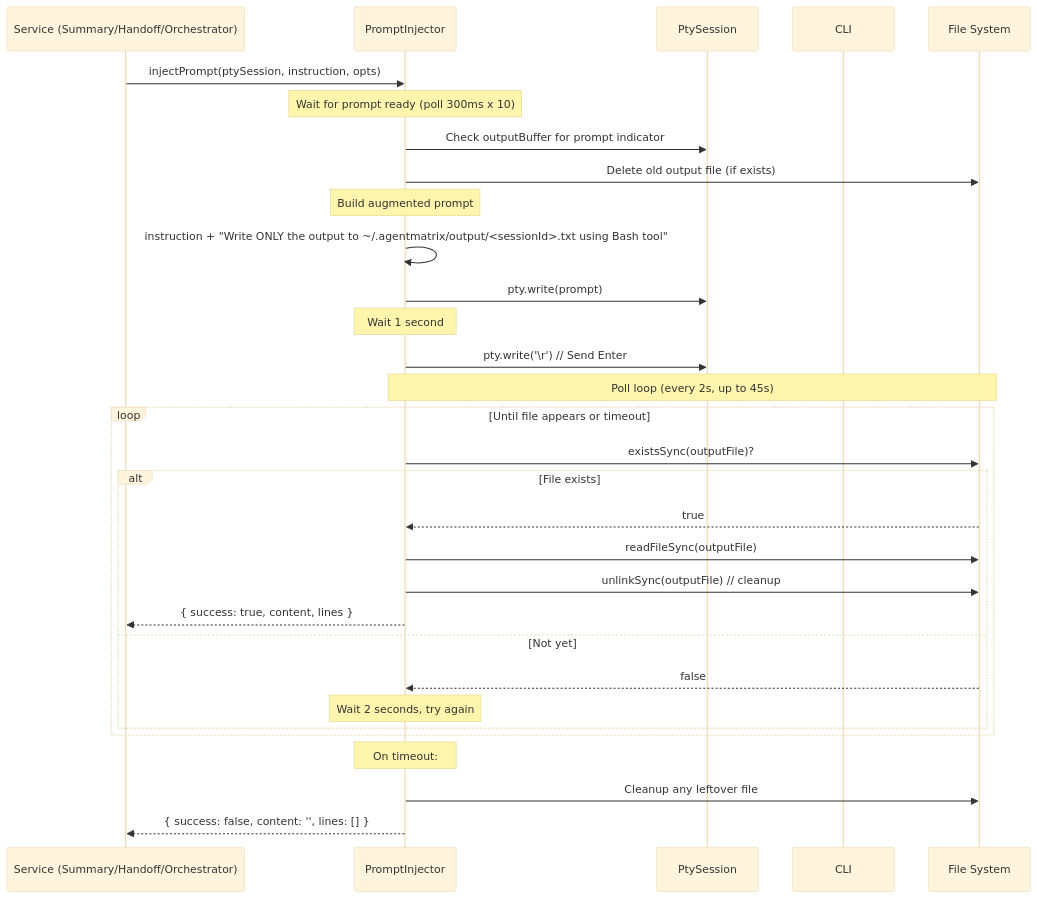
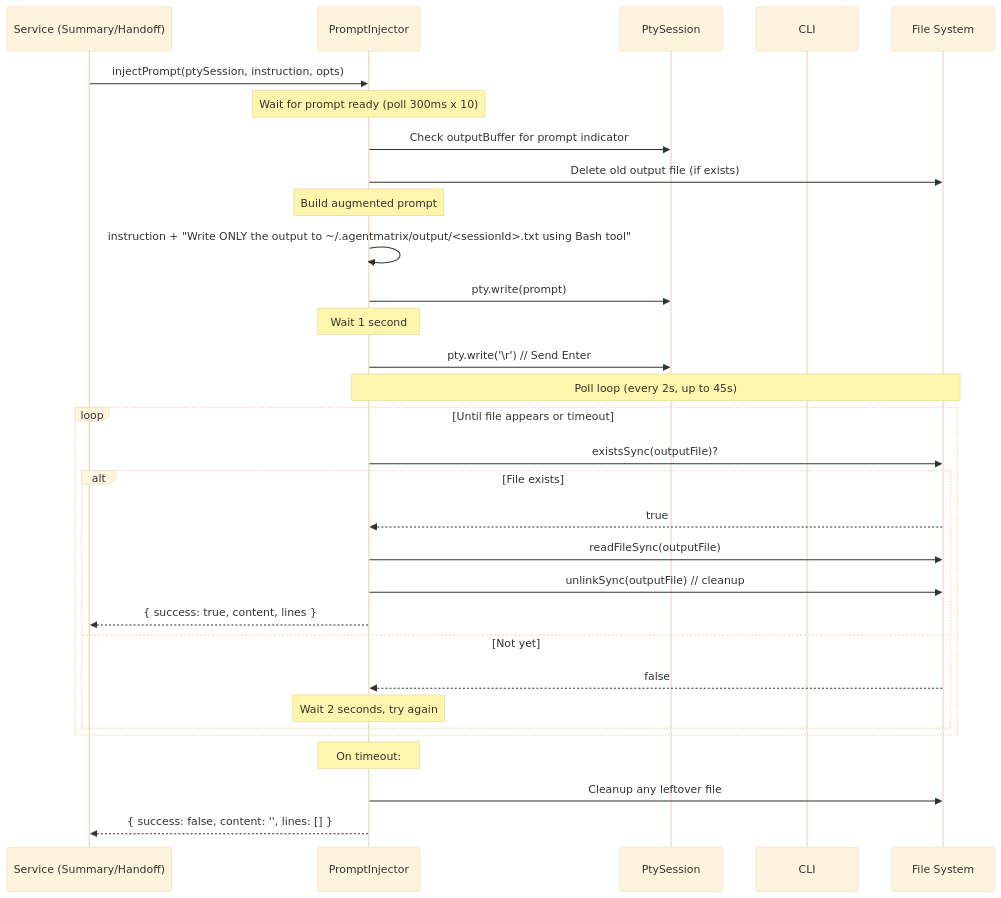
One commit to Nahom-Kefelegne/AgentMatrix changed the fourth of 7 diagrams in docs/design/electron-pty.md. Above: the diagram before and after it, drawn with Mermaid (base theme). The commit also changed other lines of this file and 69 other files, not shown here.

````diff
--- a/docs/design/electron-pty.md
+++ b/docs/design/electron-pty.md
@@ -433,41 +449,41 @@
 ```mermaid
 sequenceDiagram
-    participant Caller as Service (Summary/Handoff/Orchestrator)
+    participant Caller as Service (Summary/Handoff)
     participant PI as PromptInjector
     participant PTY as PtySession
     participant CLI as CLI
     participant FS as File System
 
     Caller->>PI: injectPrompt(ptySession, instruction, opts)
 
     Note over PI: Wait for prompt ready (poll 300ms x 10)
     PI->>PTY: Check outputBuffer for prompt indicator
 
     PI->>FS: Delete old output file (if exists)
 
     Note over PI: Build augmented prompt
     PI->>PI: instruction + "Write ONLY the output to ~/.agentmatrix/output/<sessionId>.txt using Bash tool"
 
     PI->>PTY: pty.write(prompt)
     Note over PI: Wait 1 second
     PI->>PTY: pty.write('\r')  // Send Enter
 
     Note over PI,FS: Poll loop (every 2s, up to 45s)
 
     loop Until file appears or timeout
         PI->>FS: existsSync(outputFile)?
         alt File exists
             FS-->>PI: true
             PI->>FS: readFileSync(outputFile)
             PI->>FS: unlinkSync(outputFile) // cleanup
             PI-->>Caller: { success: true, content, lines }
         else Not yet
             FS-->>PI: false
             Note over PI: Wait 2 seconds, try again
         end
     end
 
     Note over PI: On timeout:
     PI->>FS: Cleanup any leftover file
     PI-->>Caller: { success: false, content: '', lines: [] }
 ```
````
